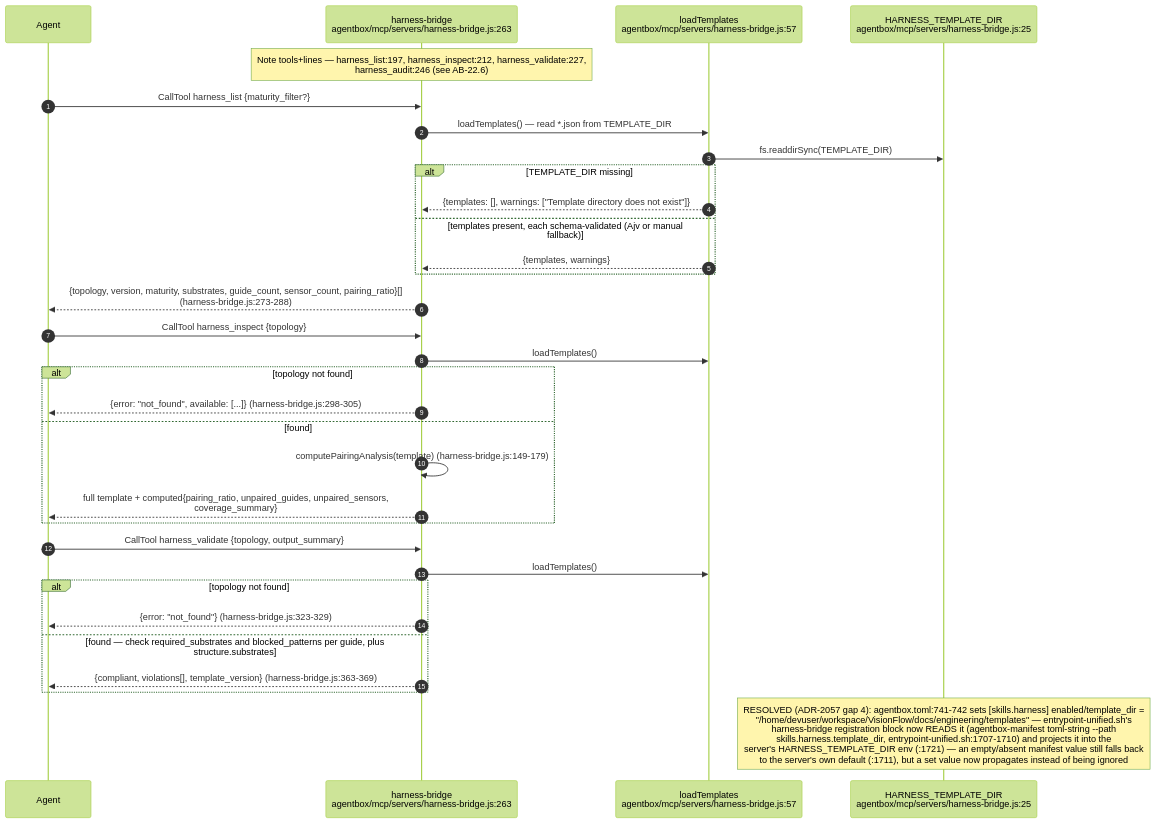
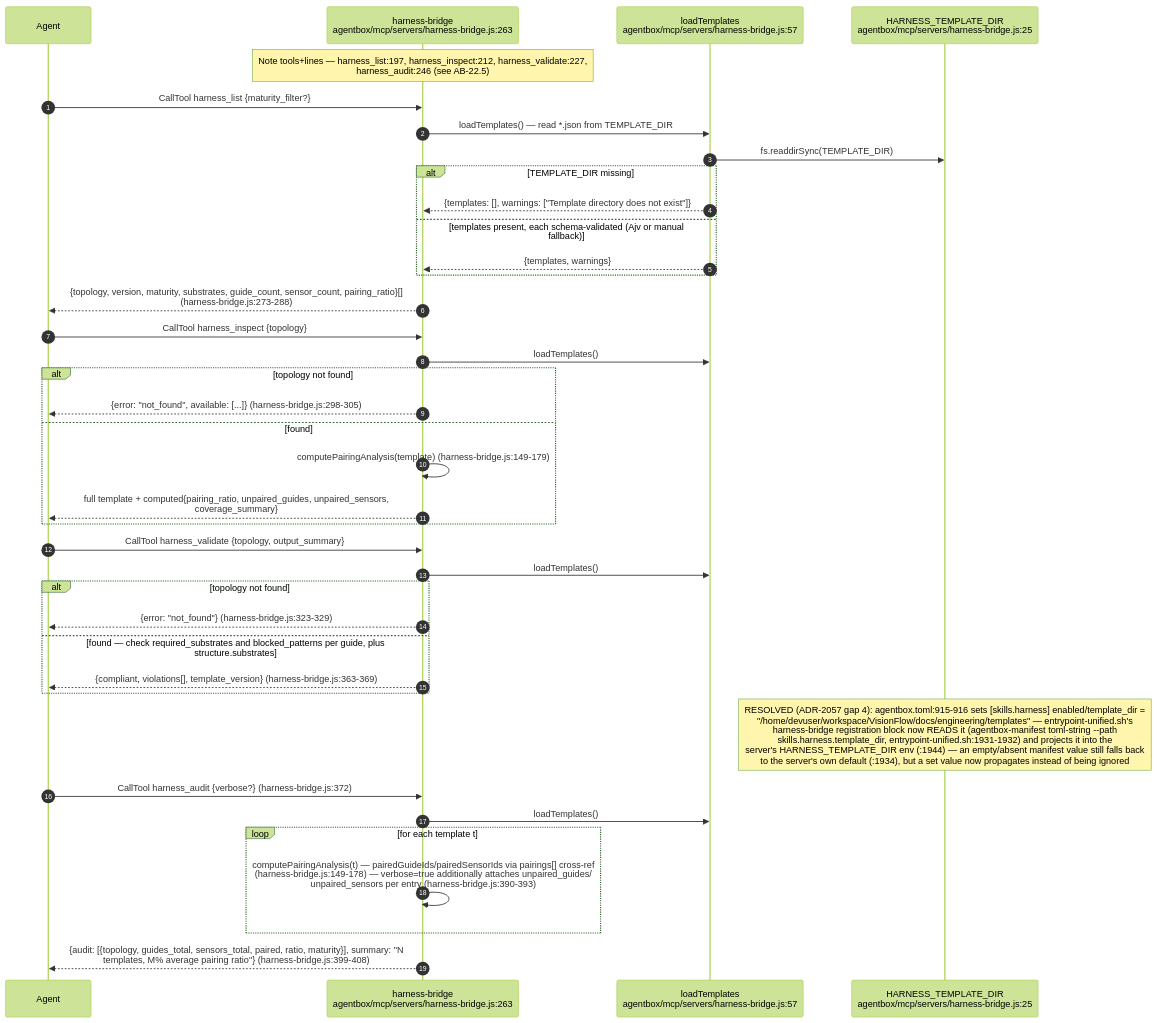
Before and after one commit to DreamLab-AI/VisionFlow: the fifth of 12 diagrams in docs/diagrams/agentbox/22-skills-and-routing.md, drawn with Mermaid (forest theme). The commit also changed other lines of this file and 136 other files, not shown here.

First line of the commit message:
docs(diagrams): refresh the whole corpus to code HEAD and prune low-value diagrams

````diff
--- a/docs/diagrams/agentbox/22-skills-and-routing.md
+++ b/docs/diagrams/agentbox/22-skills-and-routing.md
@@ -189,37 +205,44 @@
 ```mermaid
 sequenceDiagram
     autonumber
     participant AG as Agent
     participant HB as harness-bridge<br/>agentbox/mcp/servers/harness-bridge.js:263
     participant LT as loadTemplates<br/>agentbox/mcp/servers/harness-bridge.js:57
     participant TD as HARNESS_TEMPLATE_DIR<br/>agentbox/mcp/servers/harness-bridge.js:25
 
-    Note over HB: Note tools+lines — harness_list:197, harness_inspect:212, harness_validate:227,<br/>harness_audit:246 (see AB-22.6)
+    Note over HB: Note tools+lines — harness_list:197, harness_inspect:212, harness_validate:227,<br/>harness_audit:246 (see AB-22.5)
     AG->>HB: CallTool harness_list {maturity_filter?}
     HB->>LT: loadTemplates() — read *.json from TEMPLATE_DIR
     LT->>TD: fs.readdirSync(TEMPLATE_DIR)
     alt TEMPLATE_DIR missing
         LT-->>HB: {templates: [], warnings: ["Template directory does not exist"]}
     else templates present, each schema-validated (Ajv or manual fallback)
         LT-->>HB: {templates, warnings}
     end
     HB-->>AG: {topology, version, maturity, substrates, guide_count, sensor_count, pairing_ratio}[]<br/>(harness-bridge.js:273-288)
 
     AG->>HB: CallTool harness_inspect {topology}
     HB->>LT: loadTemplates()
     alt topology not found
         HB-->>AG: {error: "not_found", available: [...]} (harness-bridge.js:298-305)
     else found
         HB->>HB: computePairingAnalysis(template) (harness-bridge.js:149-179)
         HB-->>AG: full template + computed{pairing_ratio, unpaired_guides, unpaired_sensors,<br/>coverage_summary}
     end
 
     AG->>HB: CallTool harness_validate {topology, output_summary}
     HB->>LT: loadTemplates()
     alt topology not found
         HB-->>AG: {error: "not_found"} (harness-bridge.js:323-329)
     else found — check required_substrates and blocked_patterns per guide, plus structure.substrates
         HB-->>AG: {compliant, violations[], template_version} (harness-bridge.js:363-369)
     end
-    Note over TD: RESOLVED (ADR-2057 gap 4): agentbox.toml:741-742 sets [skills.harness] enabled/template_dir =<br/>"/home/devuser/workspace/VisionFlow/docs/engineering/templates" — entrypoint-unified.sh's<br/>harness-bridge registration block now READS it (agentbox-manifest toml-string --path<br/>skills.harness.template_dir, entrypoint-unified.sh:1707-1710) and projects it into the<br/>server's HARNESS_TEMPLATE_DIR env (:1721) — an empty/absent manifest value still falls back<br/>to the server's own default (:1711), but a set value now propagates instead of being ignored
+    Note over TD: RESOLVED (ADR-2057 gap 4): agentbox.toml:915-916 sets [skills.harness] enabled/template_dir =<br/>"/home/devuser/workspace/VisionFlow/docs/engineering/templates" — entrypoint-unified.sh's<br/>harness-bridge registration block now READS it (agentbox-manifest toml-string --path<br/>skills.harness.template_dir, entrypoint-unified.sh:1931-1932) and projects it into the<br/>server's HARNESS_TEMPLATE_DIR env (:1944) — an empty/absent manifest value still falls back<br/>to the server's own default (:1934), but a set value now propagates instead of being ignored
+
+    AG->>HB: CallTool harness_audit {verbose?} (harness-bridge.js:372)
+    HB->>LT: loadTemplates()
+    loop for each template t
+        HB->>HB: computePairingAnalysis(t) — pairedGuideIds/pairedSensorIds via pairings[] cross-ref<br/>(harness-bridge.js:149-178) — verbose=true additionally attaches unpaired_guides/<br/>unpaired_sensors per entry (harness-bridge.js:390-393)
+    end
+    HB-->>AG: {audit: [{topology, guides_total, sensors_total, paired, ratio, maturity}], summary: "N<br/>templates, M% average pairing ratio"} (harness-bridge.js:399-408)
 ```
````
